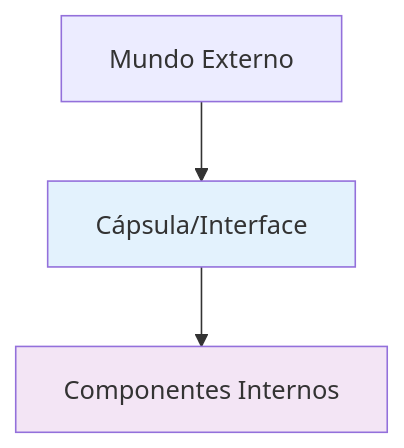
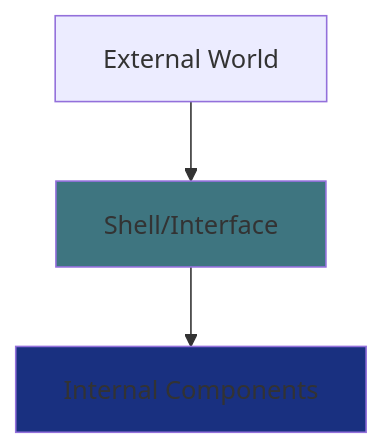
One commit to ThayronyVonHeld/java-backend-journey changed the diagram in Module - Lessons/Module 2 - Object Oriented Programming (OOP)/Lesson 5 - Pillars of OOP - Encapsulation/lesson-05-en.md. Above: the diagram before and after it, drawn with Mermaid. The commit also changed other lines of this file and 1 other file, not shown here.

````diff
--- a/Module - Lessons/Module 2 - Object Oriented Programming (OOP)/Lesson 5 - Pillars of OOP - Encapsulation/lesson-05-en.md
+++ b/Module - Lessons/Module 2 - Object Oriented Programming (OOP)/Lesson 5 - Pillars of OOP - Encapsulation/lesson-05-en.md
@@ -38,8 +51,8 @@
 ```mermaid
 graph TD
-    A[Mundo Externo] --> B[Cápsula/Interface]
-    B --> C[Componentes Internos]
+    A[External World] --> B[Shell/Interface]
+    B --> C[Internal Components]
     
-    style B fill:#e3f2fd
-    style C fill:#f3e5f5
+    style B fill:#3E7580
+    style C fill:#193080
 ```
````
